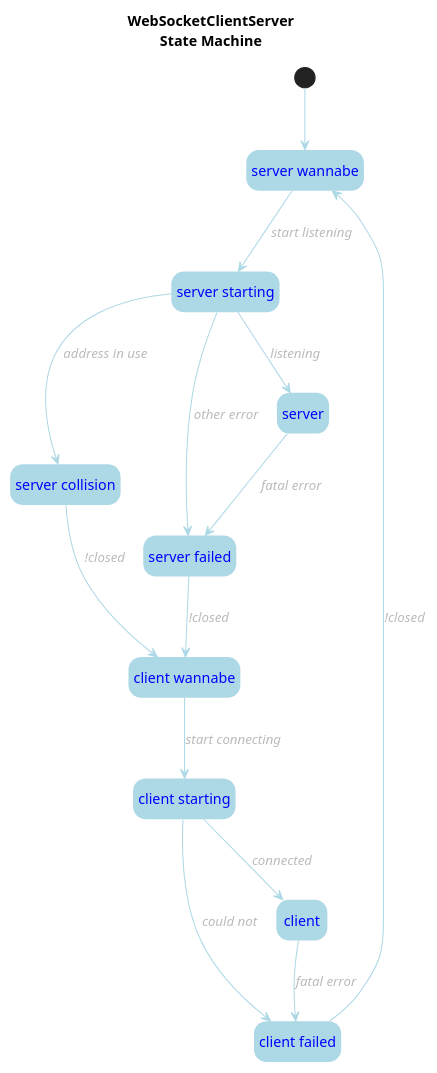
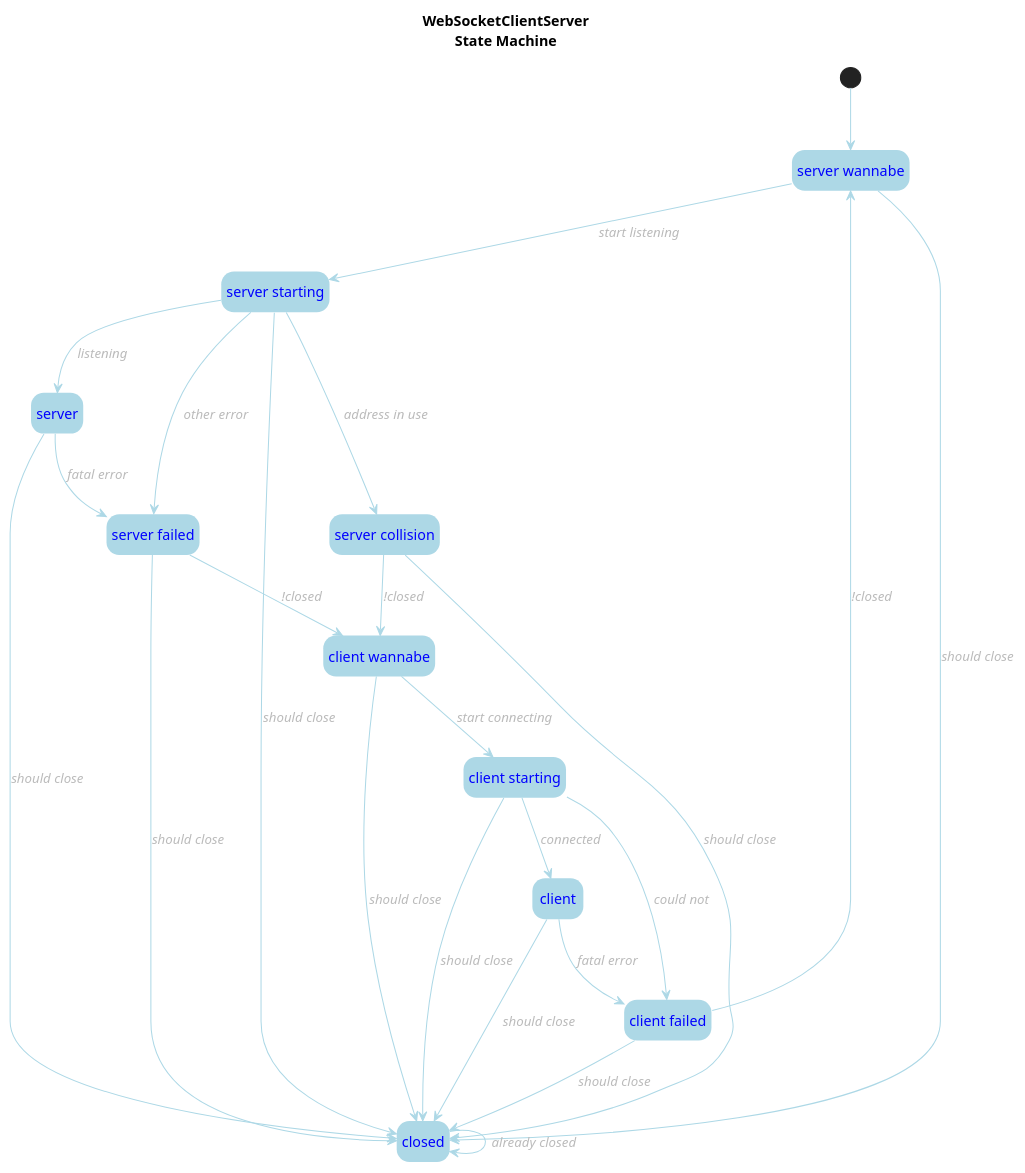
Before and after one commit to hugojosefson/deno-websocket-broadcastchannel: the diagram in src/client-server-state.puml, drawn with PlantUML. The commit also changed 1 other file, not shown here.

```diff
--- a/src/client-server-state.puml
+++ b/src/client-server-state.puml
@@ -1,30 +1,40 @@
 @startuml
 hide empty description
 skinparam ArrowFontColor #bbb
 skinparam ArrowFontStyle italic
 skinparam ArrowColor lightblue
 skinparam StateFontColor blue
 skinparam StateBackgroundColor lightblue
 skinparam StateBorderColor none
 title "WebSocketClientServer\nState Machine"
 state "server wannabe" as server_wannabe
 state "server starting" as server_starting
 state "server collision" as server_collision
 state "server failed" as server_failed
 state "client wannabe" as client_wannabe
 state "client starting" as client_starting
 state "client failed" as client_failed
 [*] --> server_wannabe
 server_wannabe --> server_starting: start listening
+server_wannabe --> closed: should close
 server_starting --> server_collision: address in use
 server_starting --> server: listening
 server_starting --> server_failed: other error
+server_starting --> closed: should close
 server_collision --> client_wannabe: !closed
+server_collision --> closed: should close
 server --> server_failed: fatal error
+server --> closed: should close
 server_failed --> client_wannabe: !closed
+server_failed --> closed: should close
 client_wannabe --> client_starting: start connecting
+client_wannabe --> closed: should close
 client_starting --> client: connected
 client_starting --> client_failed: could not
+client_starting --> closed: should close
 client --> client_failed: fatal error
+client --> closed: should close
 client_failed --> server_wannabe: !closed
+client_failed --> closed: should close
+closed --> closed: already closed
 @enduml
```
